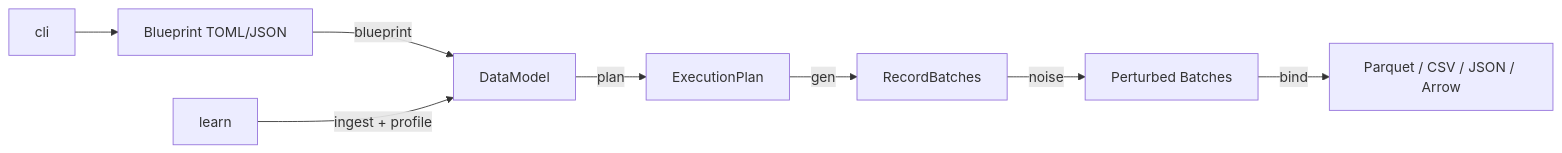
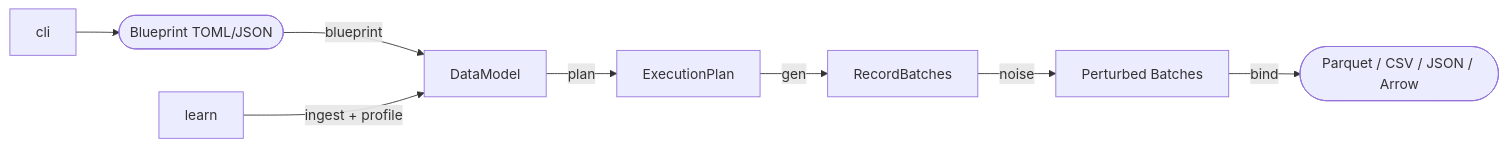
Before and after one commit to Yaming-Hub/knit: the diagram in README.md, drawn with Mermaid. The commit also changed 3 other files, not shown here.

First line of the commit message:
docs: fix MSRV and Mermaid syntax in user guide (#284)

````diff
--- a/README.md
+++ b/README.md
@@ -78,10 +78,10 @@
 ```mermaid
-graph LR
-    A[Blueprint TOML/JSON] -->|blueprint| B[DataModel]
-    B -->|plan| C[ExecutionPlan]
-    C -->|gen| D[RecordBatches]
-    D -->|noise| E[Perturbed Batches]
-    E -->|bind| F[Parquet / CSV / JSON / Arrow]
-    G[learn] -->|ingest + profile| B
-    H[cli] --> A
+flowchart LR
+    blueprint([Blueprint TOML/JSON]) -->|blueprint| model[DataModel]
+    model -->|plan| plan[ExecutionPlan]
+    plan -->|gen| batches[RecordBatches]
+    batches -->|noise| perturbed[Perturbed Batches]
+    perturbed -->|bind| output([Parquet / CSV / JSON / Arrow])
+    learn[learn] -->|ingest + profile| model
+    cli[cli] --> blueprint
 ```
````
